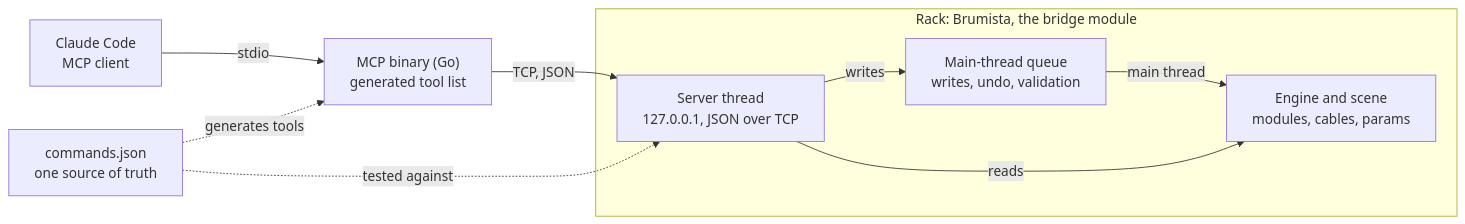
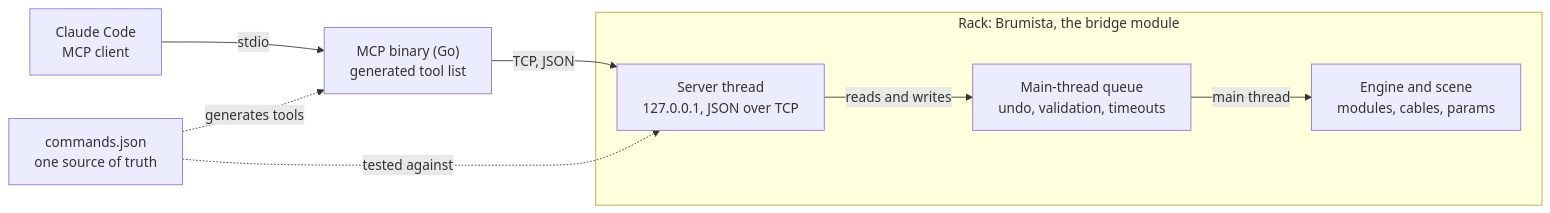
One commit to sensolab/w72-rack-plugin changed the diagram in docs/architecture.md. Above: the diagram before and after it, drawn with Mermaid. The commit also changed other lines of this file and 1 other file, not shown here.

Commit message:
docs: run every patch read on the main thread and cancel timed-out commands

````diff
--- a/docs/architecture.md
+++ b/docs/architecture.md
@@ -9,12 +9,11 @@
 ```mermaid
 flowchart LR
     client["Claude Code<br/>MCP client"] -- stdio --> bin["MCP binary (Go)<br/>generated tool list"]
     bin -- "TCP, JSON" --> server
     cmds["commands.json<br/>one source of truth"] -. generates tools .-> bin
     cmds -. tested against .-> server
     subgraph rack["Rack: Brumista, the bridge module"]
-        server["Server thread<br/>127.0.0.1, JSON over TCP"] -- writes --> queue["Main-thread queue<br/>writes, undo, validation"]
+        server["Server thread<br/>127.0.0.1, JSON over TCP"] -- "reads and writes" --> queue["Main-thread queue<br/>undo, validation, timeouts"]
         queue -- main thread --> engine["Engine and scene<br/>modules, cables, params"]
-        server -- reads --> engine
     end
 ```
````
